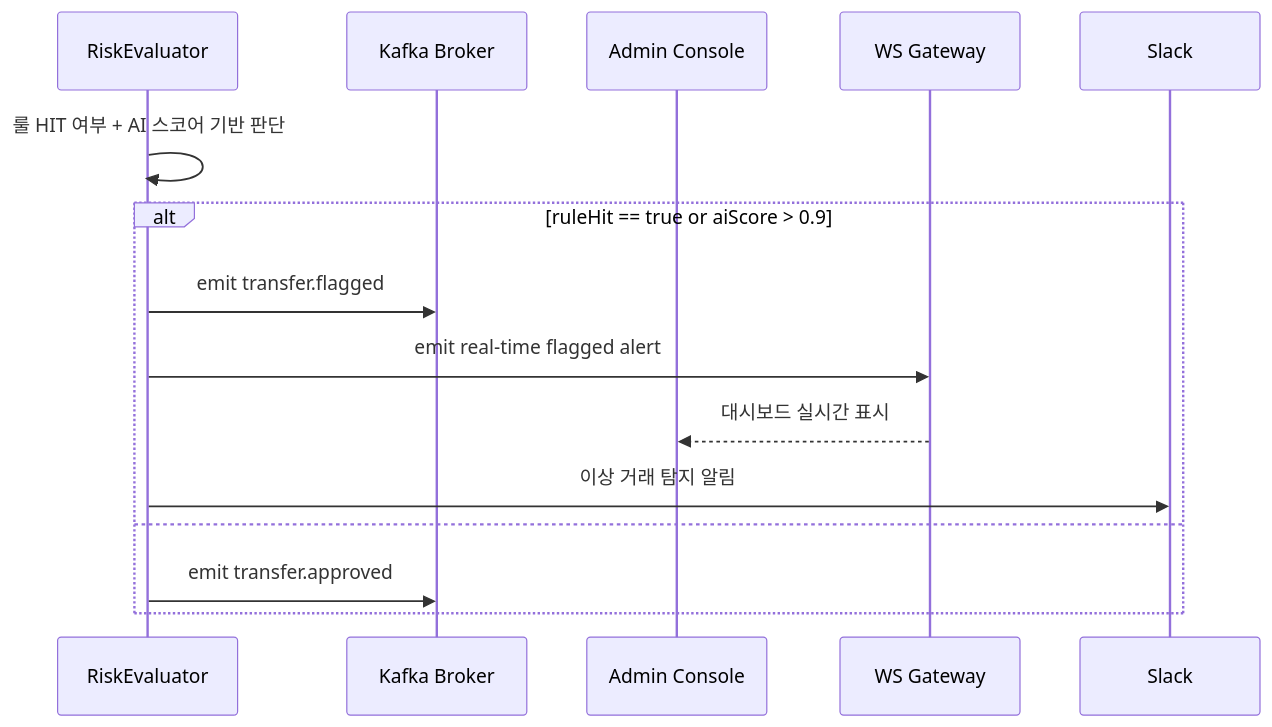
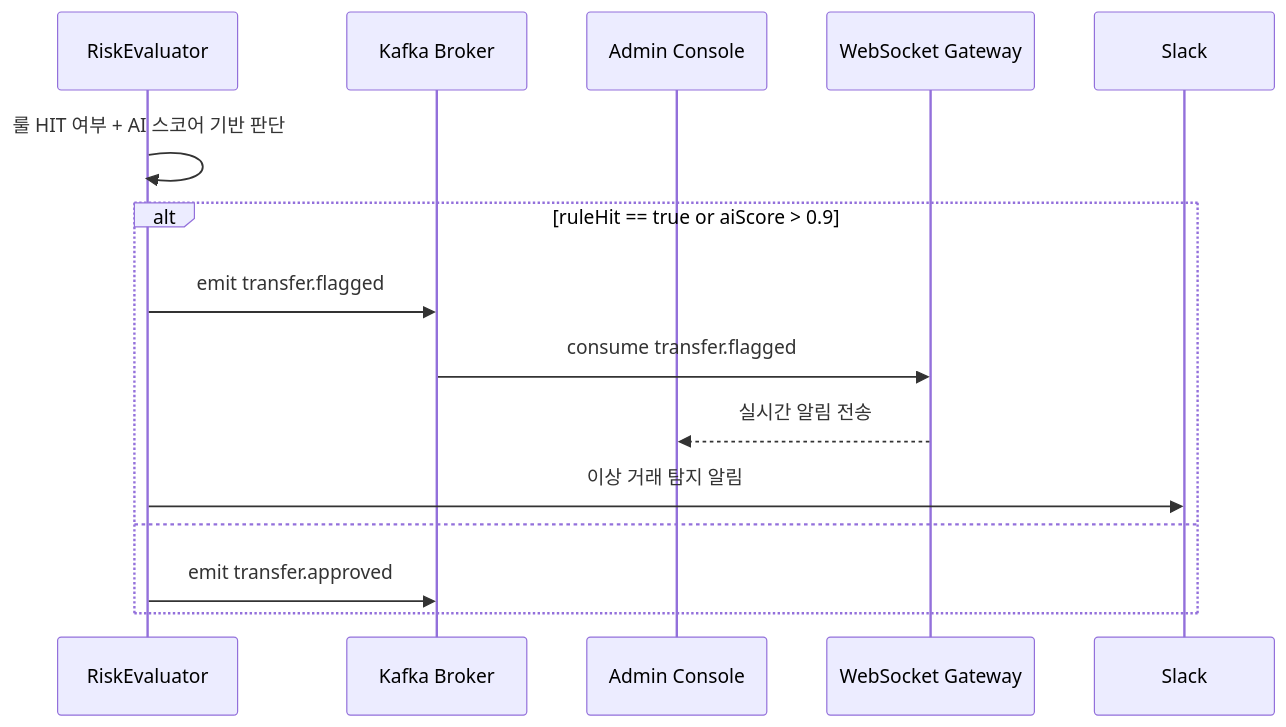
The sixth of 7 diagrams in GUIDE_REFACTOR.md (hyungkishin/FDS-System), drawn with Mermaid before and after one commit. The commit also changed other lines of this file, not shown here.

Commit message:
docs: Kafka DLQ와 Redis TTL 키를 이용해 송금 트랜잭션의 복구 처리 추가 및 guide 순서도 보완

````diff
--- a/GUIDE_REFACTOR.md
+++ b/GUIDE_REFACTOR.md
@@ -116,18 +160,18 @@
 ```mermaid
 sequenceDiagram
     participant RiskEval as RiskEvaluator
     participant Kafka as Kafka Broker
     participant Admin as Admin Console
-    participant WebSocket as WS Gateway
+    participant WS as WebSocket Gateway
     participant Slack as Slack
 
     RiskEval->>RiskEval: 룰 HIT 여부 + AI 스코어 기반 판단
     alt ruleHit == true or aiScore > 0.9
         RiskEval->>Kafka: emit transfer.flagged
-        RiskEval->>WebSocket: emit real-time flagged alert
-        WebSocket-->>Admin: 대시보드 실시간 표시
+        Kafka->>WS: consume transfer.flagged
+        WS-->>Admin: 실시간 알림 전송
         RiskEval->>Slack: 이상 거래 탐지 알림
     else
         RiskEval->>Kafka: emit transfer.approved
     end
 ```
````
